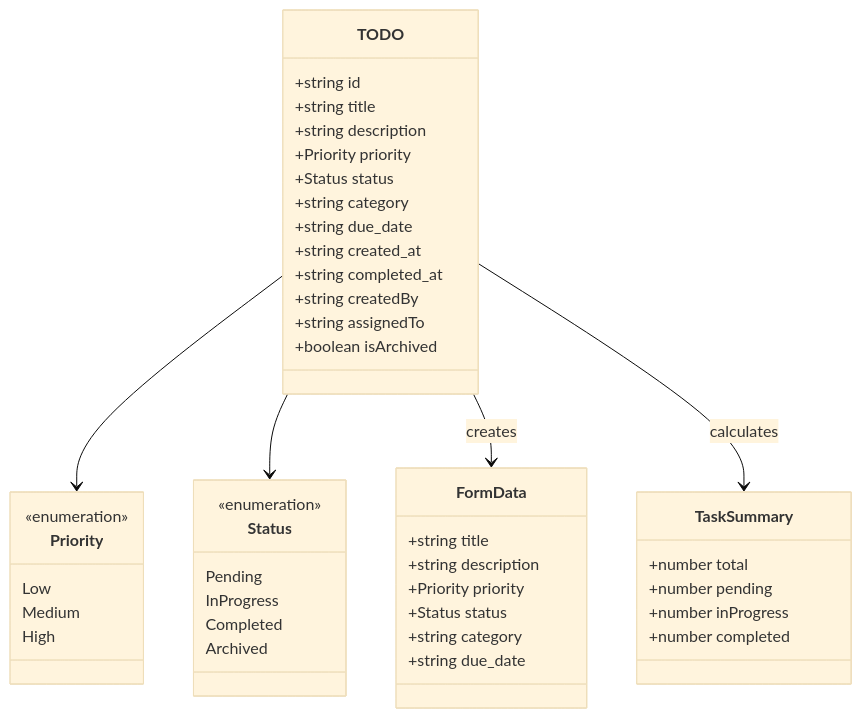
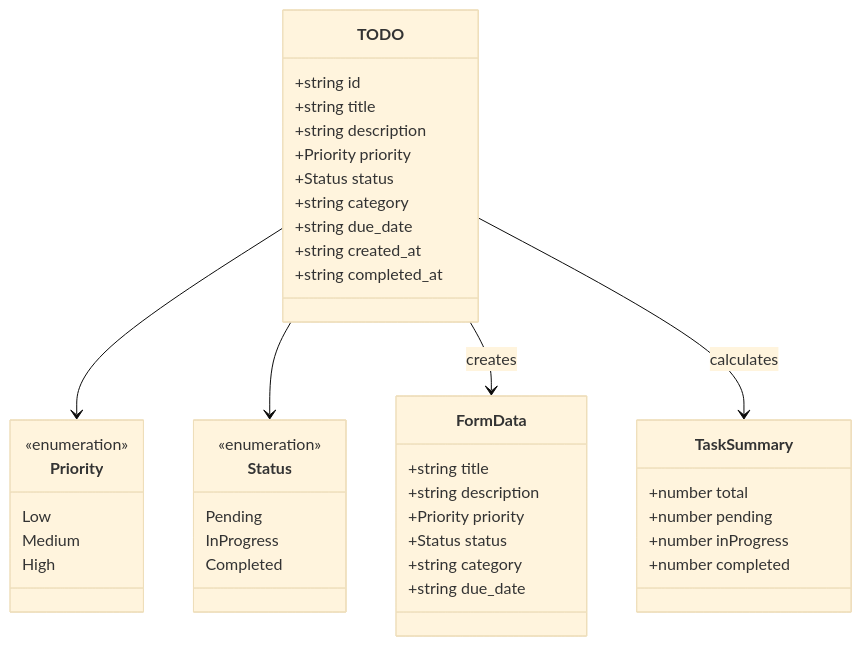
Before and after one commit to geniusdynamics/schoolpilot: the eighth of 10 diagrams in .qoder/repowiki/en/content/Modules System/TODO Module.md, drawn with Mermaid (base theme). The commit also changed other lines of this file and 54 other files, not shown here.

````diff
--- a/.qoder/repowiki/en/content/Modules System/TODO Module.md
+++ b/.qoder/repowiki/en/content/Modules System/TODO Module.md
@@ -425,48 +399,44 @@
 ```mermaid
 classDiagram
 class TODO {
 +string id
 +string title
 +string description
 +Priority priority
 +Status status
 +string category
 +string due_date
 +string created_at
 +string completed_at
-+string createdBy
-+string assignedTo
-+boolean isArchived
 }
 class Priority {
 <<enumeration>>
 Low
 Medium
 High
 }
 class Status {
 <<enumeration>>
 Pending
 InProgress
 Completed
-Archived
 }
 class FormData {
 +string title
 +string description
 +Priority priority
 +Status status
 +string category
 +string due_date
 }
 class TaskSummary {
 +number total
 +number pending
 +number inProgress
 +number completed
 }
 TODO --> Priority
 TODO --> Status
 TODO --> FormData : creates
 TODO --> TaskSummary : calculates
 ```
````
